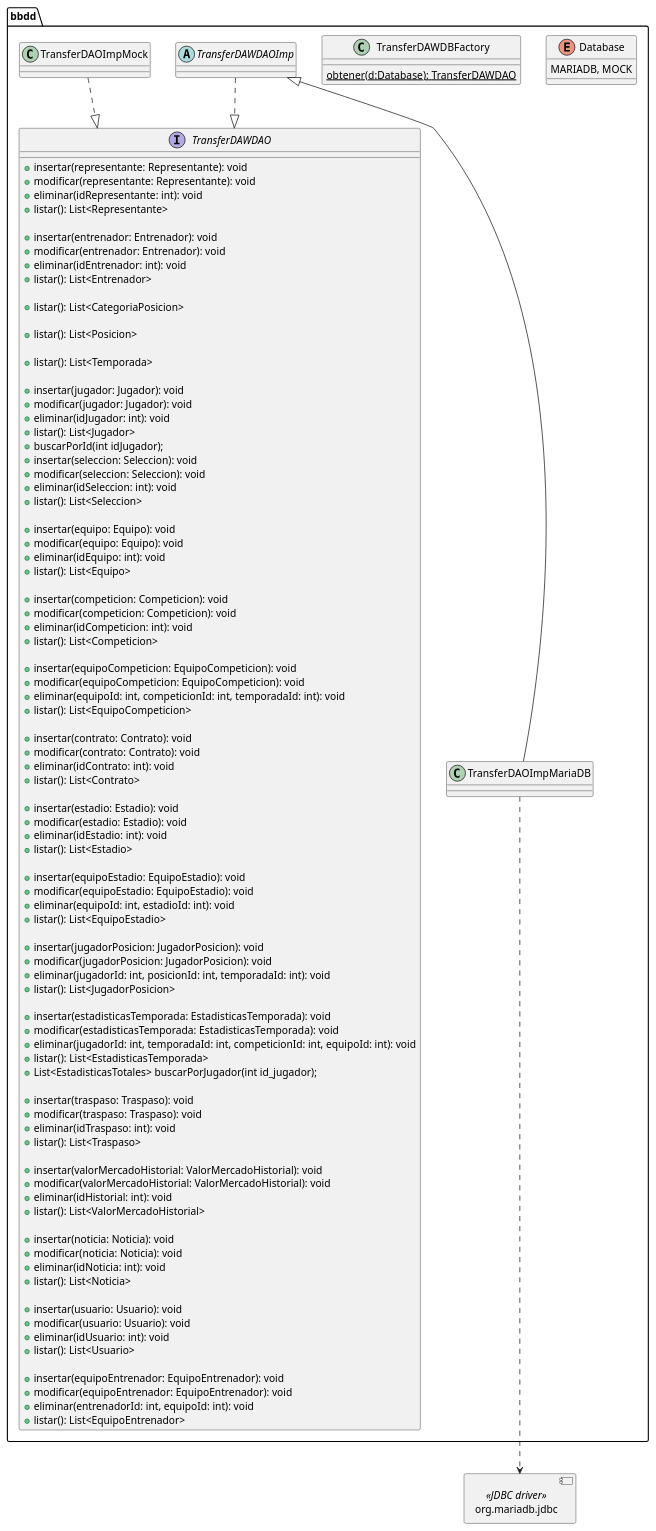
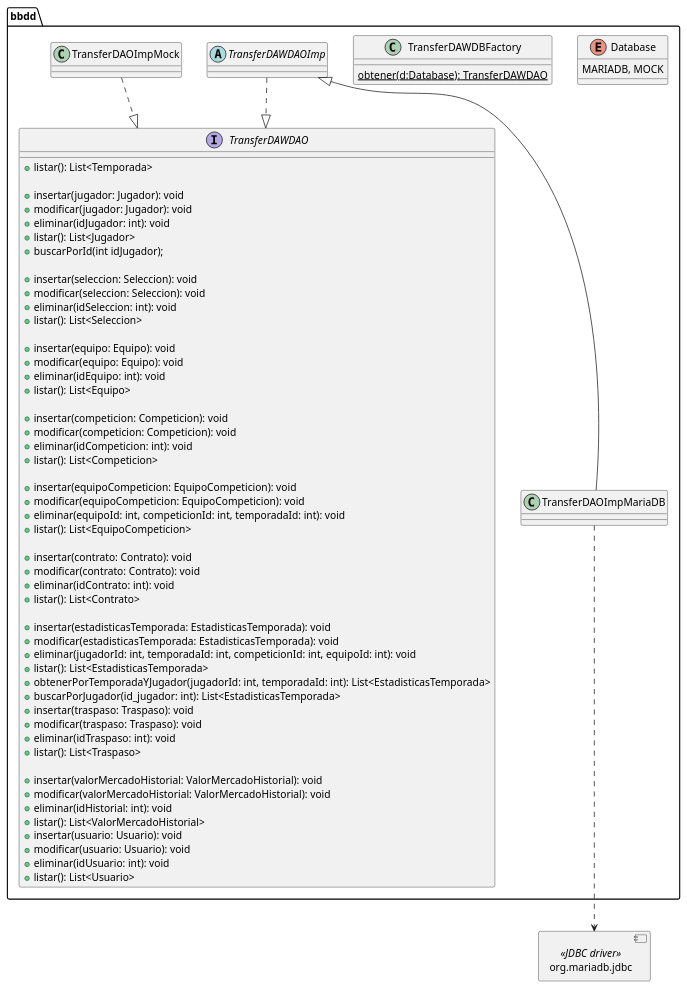
The diagram in trasnferdaw/design/diagramas/diagrama_de_clases/ClasesBBDD.pu (IR-Play88/TransferDAW), drawn with PlantUML before and after one commit. The commit also changed 1 other file, not shown here.

Commit message:
He modificado el diagrama de componentes y clases de la bbdd

```diff
--- a/trasnferdaw/design/diagramas/diagrama_de_clases/ClasesBBDD.pu
+++ b/trasnferdaw/design/diagramas/diagrama_de_clases/ClasesBBDD.pu
@@ -1,132 +1,95 @@
 @startuml bbdd
 allow_mixing
 set separator none
 top to bottom direction
     package bbdd{
         enum Database{
             MARIADB, MOCK
         }
 
         interface TransferDAWDAO {
-            +insertar(representante: Representante): void
-            +modificar(representante: Representante): void
-            +eliminar(idRepresentante: int): void
-            +listar(): List<Representante>
-
-            +insertar(entrenador: Entrenador): void
-            +modificar(entrenador: Entrenador): void
-            +eliminar(idEntrenador: int): void
-            +listar(): List<Entrenador>
-
-            +listar(): List<CategoriaPosicion>
-
-            +listar(): List<Posicion>
-
-            +listar(): List<Temporada>
+             +listar(): List<Temporada>
 
             +insertar(jugador: Jugador): void
             +modificar(jugador: Jugador): void
             +eliminar(idJugador: int): void
             +listar(): List<Jugador>
             +buscarPorId(int idJugador);
-
 
             +insertar(seleccion: Seleccion): void
             +modificar(seleccion: Seleccion): void
             +eliminar(idSeleccion: int): void
             +listar(): List<Seleccion>
 
             +insertar(equipo: Equipo): void
             +modificar(equipo: Equipo): void
             +eliminar(idEquipo: int): void
             +listar(): List<Equipo>
 
             +insertar(competicion: Competicion): void
             +modificar(competicion: Competicion): void
             +eliminar(idCompeticion: int): void
             +listar(): List<Competicion>
 
             +insertar(equipoCompeticion: EquipoCompeticion): void
             +modificar(equipoCompeticion: EquipoCompeticion): void
             +eliminar(equipoId: int, competicionId: int, temporadaId: int): void
             +listar(): List<EquipoCompeticion>
 
             +insertar(contrato: Contrato): void
             +modificar(contrato: Contrato): void
             +eliminar(idContrato: int): void
             +listar(): List<Contrato>
 
-            +insertar(estadio: Estadio): void
-            +modificar(estadio: Estadio): void
-            +eliminar(idEstadio: int): void
-            +listar(): List<Estadio>
-
-            +insertar(equipoEstadio: EquipoEstadio): void
-            +modificar(equipoEstadio: EquipoEstadio): void
-            +eliminar(equipoId: int, estadioId: int): void
-            +listar(): List<EquipoEstadio>
-
-            +insertar(jugadorPosicion: JugadorPosicion): void
-            +modificar(jugadorPosicion: JugadorPosicion): void
-            +eliminar(jugadorId: int, posicionId: int, temporadaId: int): void
-            +listar(): List<JugadorPosicion>
-
             +insertar(estadisticasTemporada: EstadisticasTemporada): void
             +modificar(estadisticasTemporada: EstadisticasTemporada): void
             +eliminar(jugadorId: int, temporadaId: int, competicionId: int, equipoId: int): void
             +listar(): List<EstadisticasTemporada>
-             +List<EstadisticasTotales> buscarPorJugador(int id_jugador);
+            +obtenerPorTemporadaYJugador(jugadorId: int, temporadaId: int): List<EstadisticasTemporada>
+            +buscarPorJugador(id_jugador: int): List<EstadisticasTemporada>
+
 
             +insertar(traspaso: Traspaso): void
             +modificar(traspaso: Traspaso): void
             +eliminar(idTraspaso: int): void
             +listar(): List<Traspaso>
 
             +insertar(valorMercadoHistorial: ValorMercadoHistorial): void
             +modificar(valorMercadoHistorial: ValorMercadoHistorial): void
             +eliminar(idHistorial: int): void
             +listar(): List<ValorMercadoHistorial>
 
-            +insertar(noticia: Noticia): void
-            +modificar(noticia: Noticia): void
-            +eliminar(idNoticia: int): void
-            +listar(): List<Noticia>
 
             +insertar(usuario: Usuario): void
             +modificar(usuario: Usuario): void
             +eliminar(idUsuario: int): void
             +listar(): List<Usuario>
-
-            +insertar(equipoEntrenador: EquipoEntrenador): void
-            +modificar(equipoEntrenador: EquipoEntrenador): void
-            +eliminar(entrenadorId: int, equipoId: int): void
-            +listar(): List<EquipoEntrenador>
         }
     
 
         class TransferDAWDBFactory{
             {static} obtener(d:Database): TransferDAWDAO
         }
 
         abstract TransferDAWDAOImp {       
 
         }
 
         class TransferDAOImpMock{
 
         }
 
         class TransferDAOImpMariaDB{
             
         }
            
     }
 
     component org.mariadb.jdbc <<JDBC driver>>
 
     TransferDAOImpMariaDB ..> org.mariadb.jdbc
     TransferDAWDAOImp <|-- TransferDAOImpMariaDB
     TransferDAWDAOImp..|> TransferDAWDAO
     TransferDAOImpMock..|> TransferDAWDAO 
     
 @enduml
```
